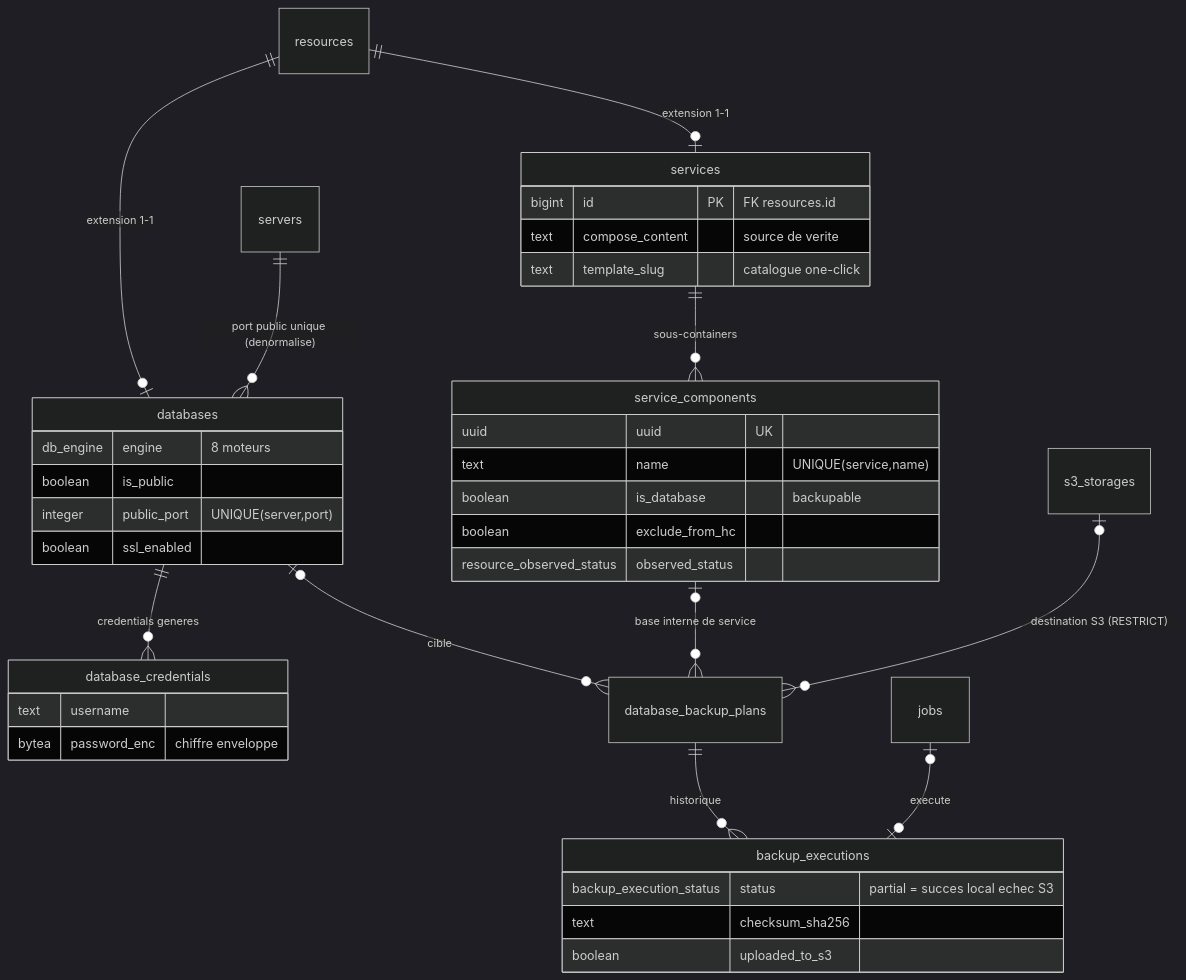
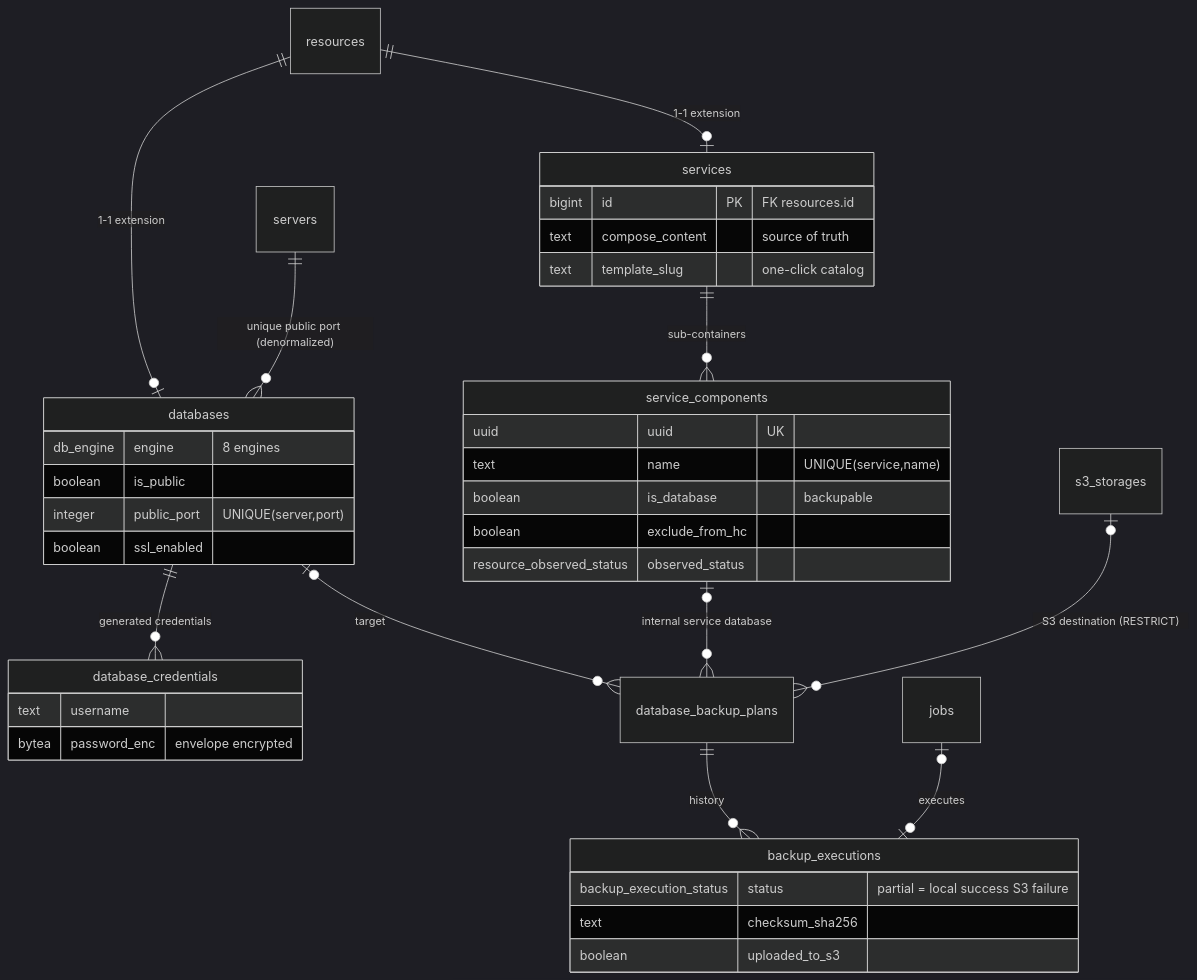
Before and after one commit to deepteams/akerdock: the seventh of 9 diagrams in docs/specs/erd.md, drawn with Mermaid (dark theme). The commit also changed other lines of this file and 34 other files, not shown here.

````diff
--- a/docs/specs/erd.md
+++ b/docs/specs/erd.md
@@ -259,41 +259,41 @@
 ```mermaid
 erDiagram
-    resources ||--o| services : "extension 1-1"
-    services ||--o{ service_components : "sous-containers"
-    resources ||--o| databases : "extension 1-1"
-    servers ||--o{ databases : "port public unique (denormalise)"
-    databases ||--o{ database_credentials : "credentials generes"
-    databases |o--o{ database_backup_plans : "cible"
-    service_components |o--o{ database_backup_plans : "base interne de service"
-    database_backup_plans ||--o{ backup_executions : "historique"
-    s3_storages |o--o{ database_backup_plans : "destination S3 (RESTRICT)"
-    jobs |o--o| backup_executions : "execute"
+    resources ||--o| services : "1-1 extension"
+    services ||--o{ service_components : "sub-containers"
+    resources ||--o| databases : "1-1 extension"
+    servers ||--o{ databases : "unique public port (denormalized)"
+    databases ||--o{ database_credentials : "generated credentials"
+    databases |o--o{ database_backup_plans : "target"
+    service_components |o--o{ database_backup_plans : "internal service database"
+    database_backup_plans ||--o{ backup_executions : "history"
+    s3_storages |o--o{ database_backup_plans : "S3 destination (RESTRICT)"
+    jobs |o--o| backup_executions : "executes"
 
     services {
         bigint id PK "FK resources.id"
-        text compose_content "source de verite"
-        text template_slug "catalogue one-click"
+        text compose_content "source of truth"
+        text template_slug "one-click catalog"
     }
     service_components {
         uuid uuid UK
         text name "UNIQUE(service,name)"
         boolean is_database "backupable"
         boolean exclude_from_hc
         resource_observed_status observed_status
     }
     databases {
-        db_engine engine "8 moteurs"
+        db_engine engine "8 engines"
         boolean is_public
         integer public_port "UNIQUE(server,port)"
         boolean ssl_enabled
     }
     database_credentials {
         text username
-        bytea password_enc "chiffre enveloppe"
+        bytea password_enc "envelope encrypted"
     }
     backup_executions {
-        backup_execution_status status "partial = succes local echec S3"
+        backup_execution_status status "partial = local success S3 failure"
         text checksum_sha256
         boolean uploaded_to_s3
     }
 ```
````
